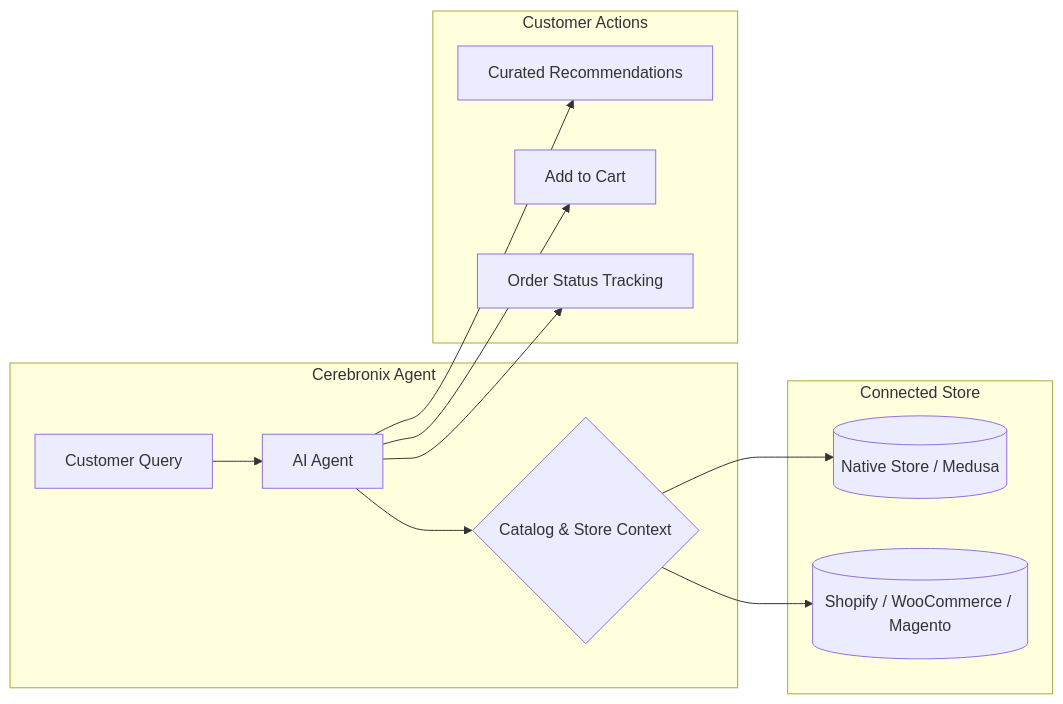
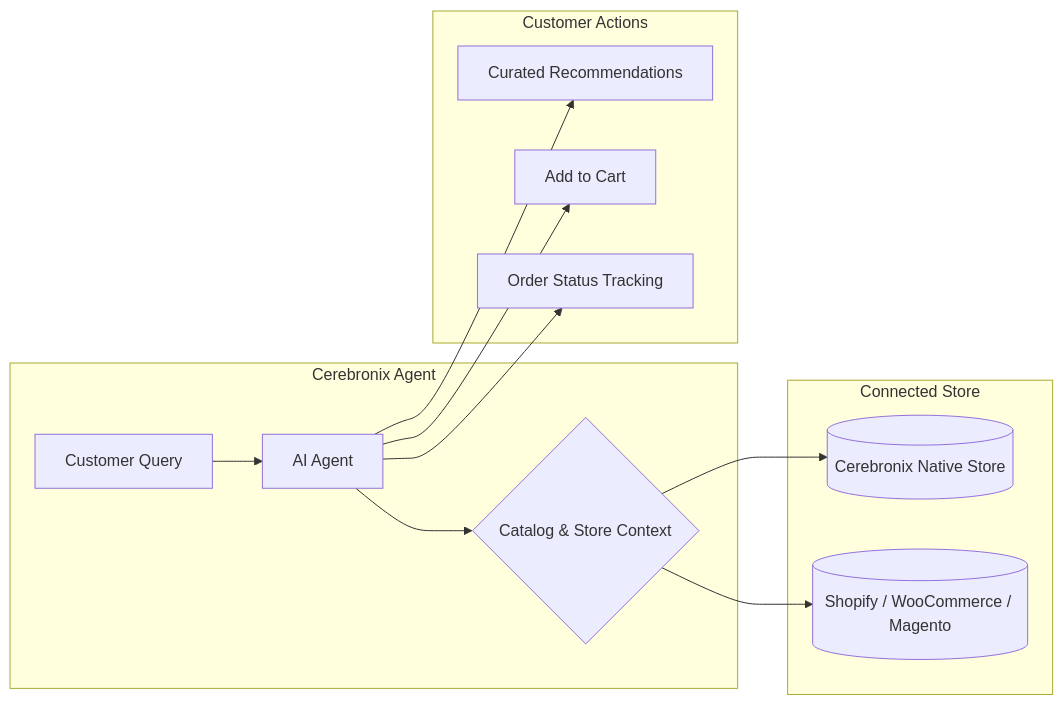
The diagram in apps/docs/content/docs/ai-agents/ecommerce-store-binding.mdx (Cerebronix-AI/cerebronix-docs), drawn with Mermaid before and after one commit. The commit also changed other lines of this file and 32 other files, not shown here.

Commit message:
feat(docs): enforce black-box architecture and information disclosure safeguards

````diff
--- a/apps/docs/content/docs/ai-agents/ecommerce-store-binding.mdx
+++ b/apps/docs/content/docs/ai-agents/ecommerce-store-binding.mdx
@@ -14,16 +14,16 @@
 ```mermaid
 graph LR
     subgraph "Cerebronix Agent"
         A[Customer Query] --> B[AI Agent]
         B --> C{Catalog & Store Context}
     end
     subgraph "Connected Store"
-        C --> D[(Native Store / Medusa)]
+        C --> D[(Cerebronix Native Store)]
         C --> E[(Shopify / WooCommerce / Magento)]
     end
     subgraph "Customer Actions"
         B --> F[Curated Recommendations]
         B --> G[Add to Cart]
         B --> H[Order Status Tracking]
     end
 ```
````
